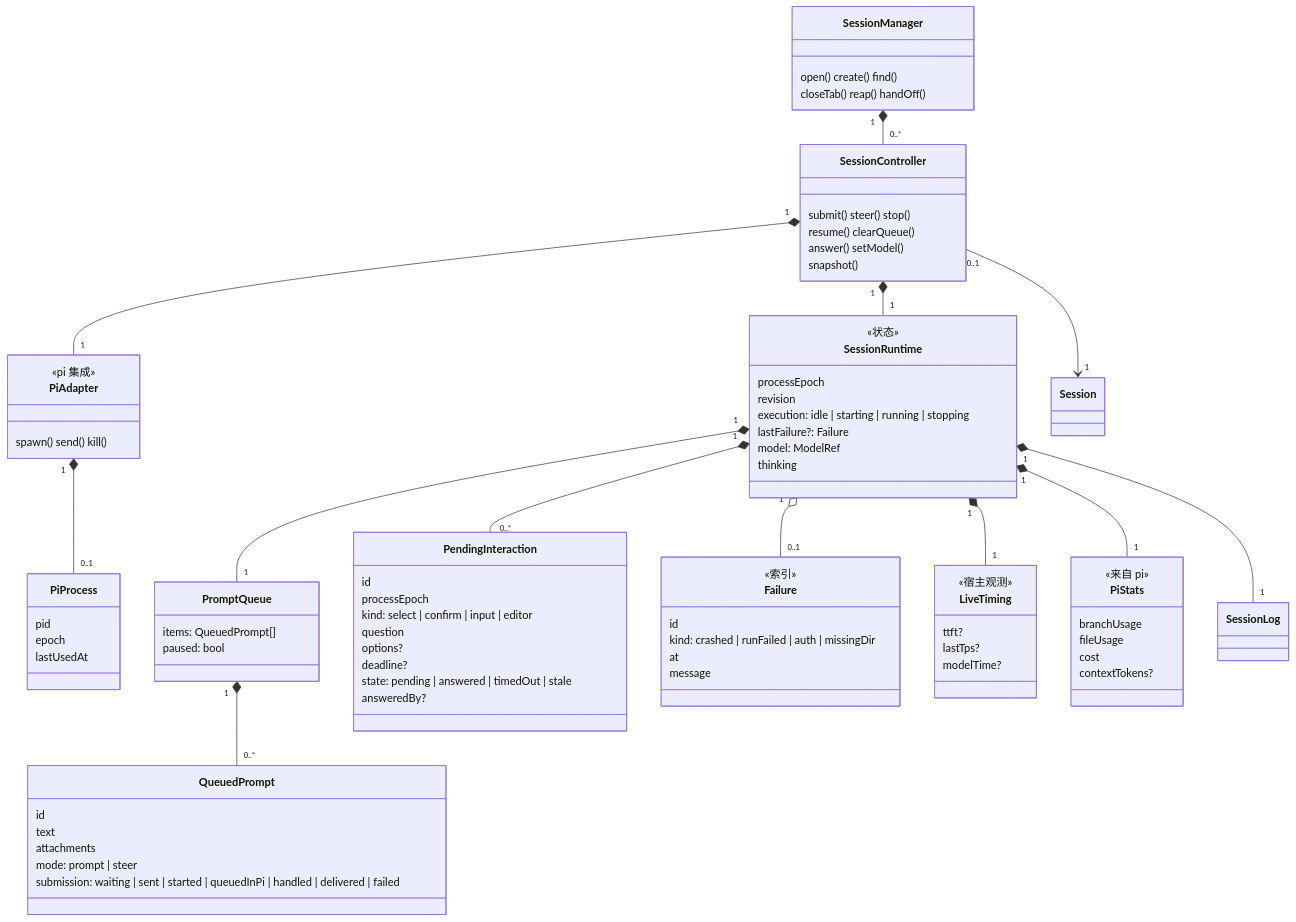
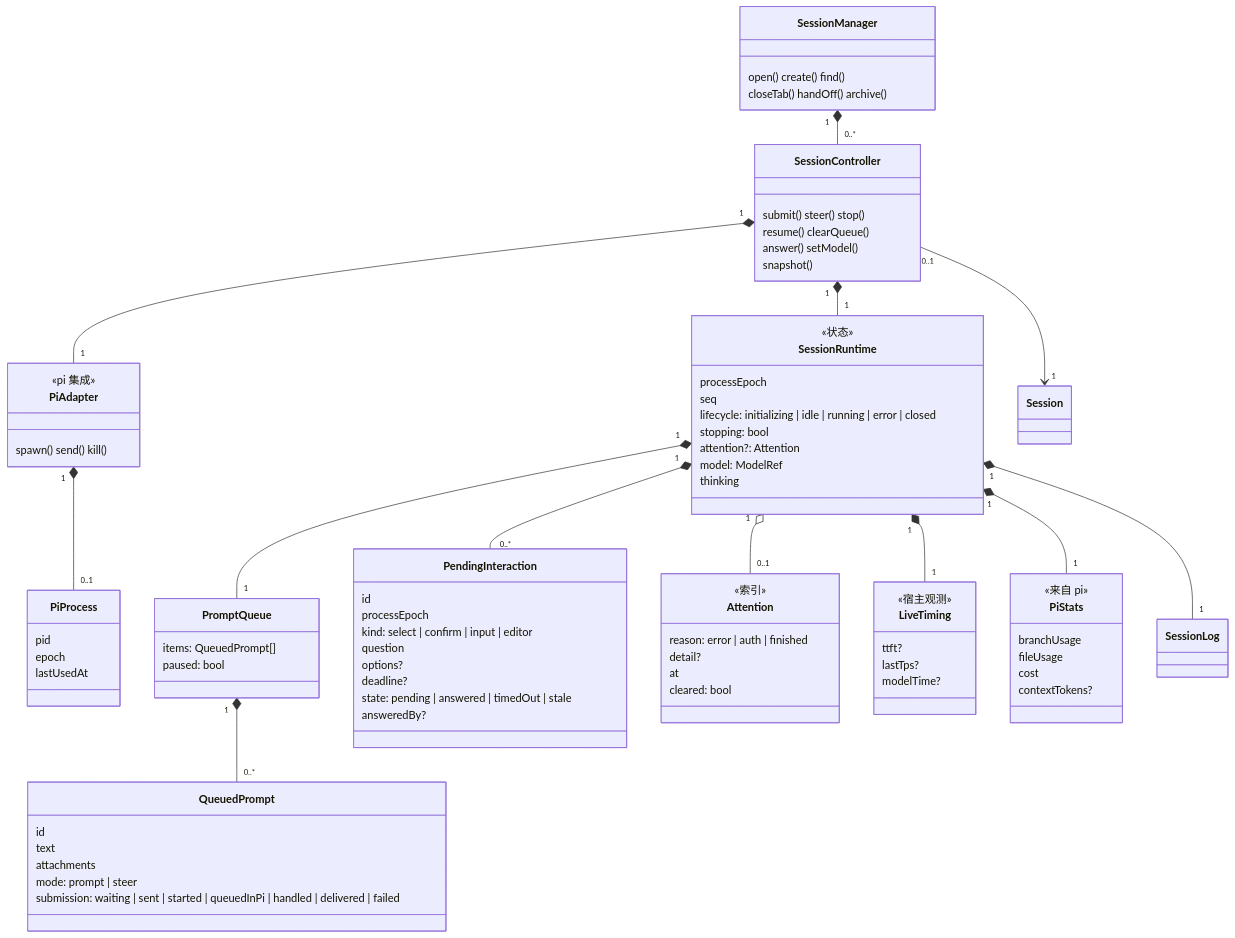
Before and after one commit to Wan-Kai/atrium: the third of 7 diagrams in docs/architecture/domain-model.md, drawn with Mermaid. The commit also changed other lines of this file and 1 other file, not shown here.

````diff
--- a/docs/architecture/domain-model.md
+++ b/docs/architecture/domain-model.md
@@ -203,7 +209,7 @@
     direction TB
     class SessionManager {
       open() create() find()
-      closeTab() reap() handOff()
+      closeTab() handOff() archive()
     }
     class SessionController {
       submit() steer() stop()
@@ -214,9 +220,10 @@
     class SessionRuntime {
       <<状态>>
       processEpoch
-      revision
-      execution: idle | starting | running | stopping
-      lastFailure?: Failure
+      seq
+      lifecycle: initializing | idle | running | error | closed
+      stopping: bool
+      attention?: Attention
       model: ModelRef
       thinking
     }
@@ -250,12 +257,12 @@
       state: pending | answered | timedOut | stale
       answeredBy?
     }
-    class Failure {
+    class Attention {
       <<索引>>
-      id
-      kind: crashed | runFailed | auth | missingDir
+      reason: error | auth | finished
+      detail?
       at
-      message
+      cleared: bool
     }
     class LiveTiming {
       <<宿主观测>>
@@ -282,5 +289,5 @@
     SessionRuntime "1" *-- "1" SessionLog
     SessionRuntime "1" *-- "1" LiveTiming
     SessionRuntime "1" *-- "1" PiStats
-    SessionRuntime "1" o-- "0..1" Failure
+    SessionRuntime "1" o-- "0..1" Attention
 ```
````
